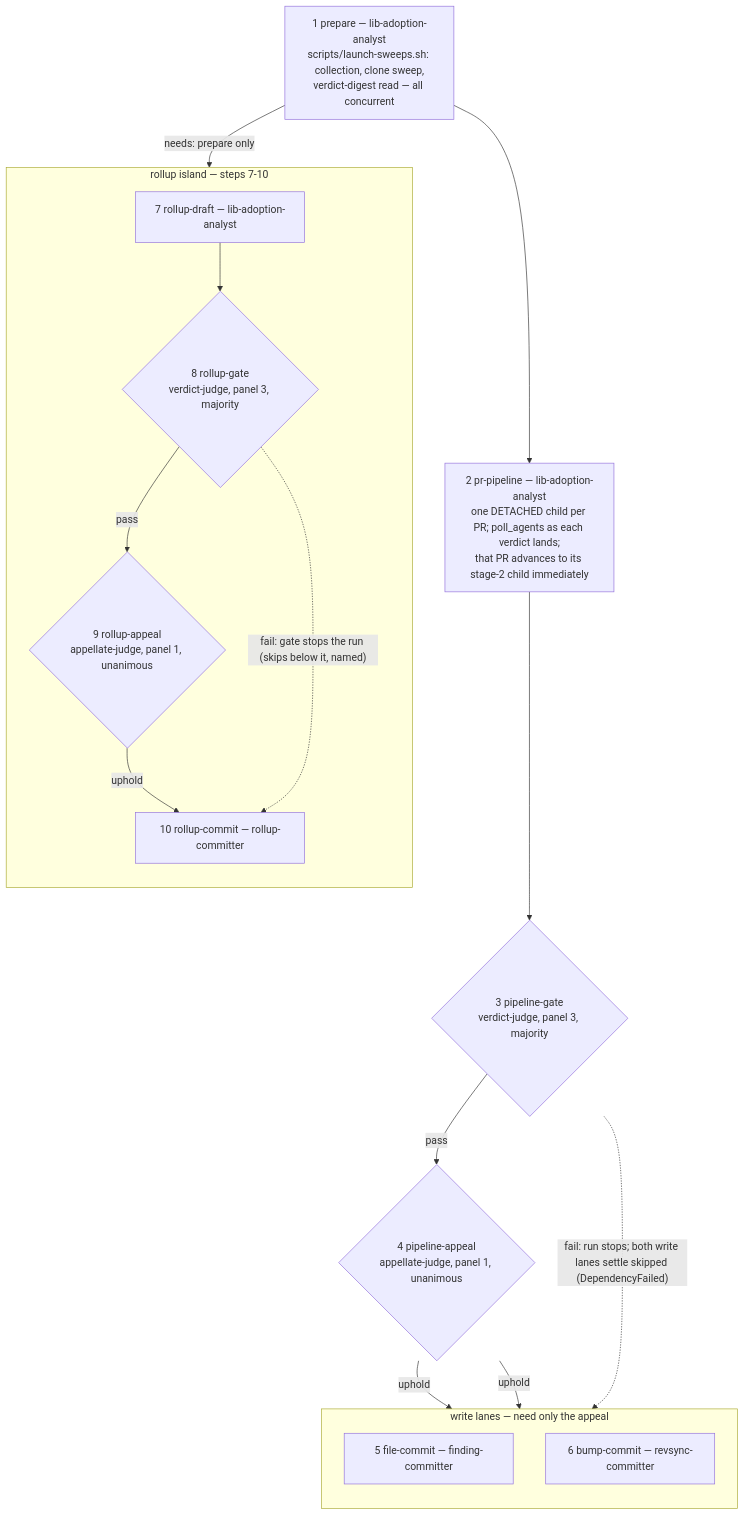
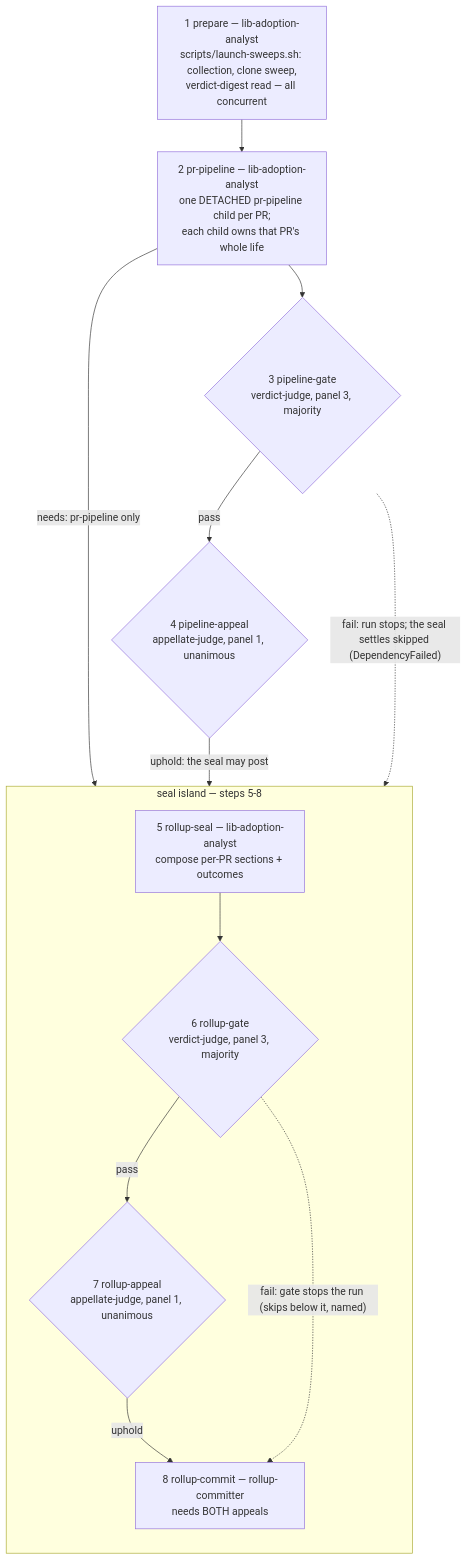
The tenth of 12 diagrams in docs/workflow-diagrams.md (ahmedhosnypro/craft-libs-adoption), drawn with Mermaid before and after one commit. The commit also changed other lines of this file and 7 other files, not shown here.

First line of the commit message:
feat(scan): every PR's whole life on its own detached pipeline — 8-step workflow

````diff
--- a/docs/workflow-diagrams.md
+++ b/docs/workflow-diagrams.md
@@ -291,25 +291,18 @@
 ```mermaid
 flowchart TD
-    P["1 prepare — lib-adoption-analyst<br/>scripts/launch-sweeps.sh: collection, clone sweep,<br/>verdict-digest read — all concurrent"] --> Q["2 pr-pipeline — lib-adoption-analyst<br/>one DETACHED child per PR; poll_agents as each verdict lands;<br/>that PR advances to its stage-2 child immediately"]
+    P["1 prepare — lib-adoption-analyst<br/>scripts/launch-sweeps.sh: collection, clone sweep,<br/>verdict-digest read — all concurrent"] --> Q["2 pr-pipeline — lib-adoption-analyst<br/>one DETACHED pr-pipeline child per PR;<br/>each child owns that PR's whole life"]
     Q --> PG{"3 pipeline-gate<br/>verdict-judge, panel 3, majority"}
     PG -->|pass| PA{"4 pipeline-appeal<br/>appellate-judge, panel 1, unanimous"}
 
-    subgraph writes["write lanes — need only the appeal"]
+    subgraph seal["seal island — steps 5-8"]
         direction TB
-        FC["5 file-commit — finding-committer"]
-        BC["6 bump-commit — revsync-committer"]
-    end
-
-    subgraph rollup["rollup island — steps 7-10"]
-        direction TB
-        RD["7 rollup-draft — lib-adoption-analyst"] --> RG{"8 rollup-gate<br/>verdict-judge, panel 3, majority"}
-        RG -->|pass| RA{"9 rollup-appeal<br/>appellate-judge, panel 1, unanimous"}
-        RA -->|uphold| RC["10 rollup-commit — rollup-committer"]
+        RS["5 rollup-seal — lib-adoption-analyst<br/>compose per-PR sections + outcomes"] --> RG{"6 rollup-gate<br/>verdict-judge, panel 3, majority"}
+        RG -->|pass| RA{"7 rollup-appeal<br/>appellate-judge, panel 1, unanimous"}
+        RA -->|uphold| RC["8 rollup-commit — rollup-committer<br/>needs BOTH appeals"]
         RG -.->|"fail: gate stops the run (skips below it, named)"| RC
     end
 
-    P -->|"needs: prepare only"| RD
-    PA -->|uphold| FC
-    PA -->|uphold| BC
-    PG -.->|"fail: run stops; both write lanes settle skipped (DependencyFailed)"| FC
+    Q -->|"needs: pr-pipeline only"| RS
+    PA -->|"uphold: the seal may post"| RC
+    PG -.->|"fail: run stops; the seal settles skipped (DependencyFailed)"| RC
 ```
````
